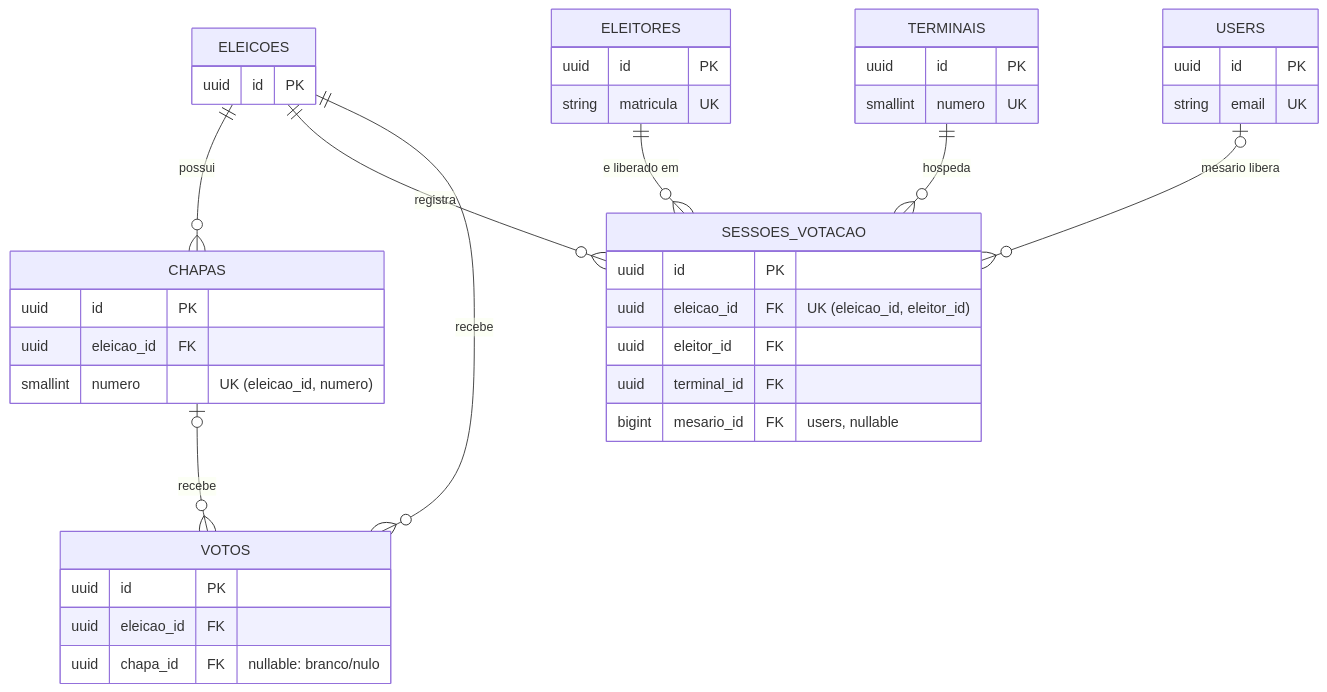
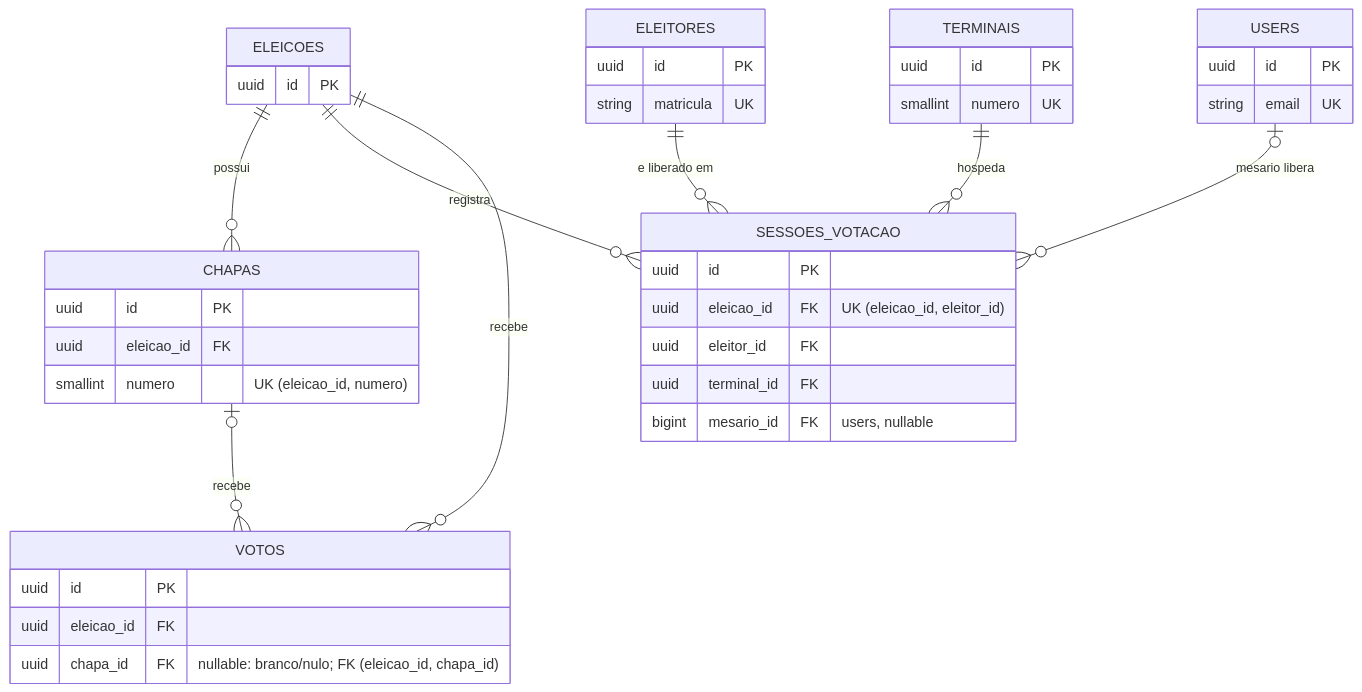
The diagram in docs/MODELO_DADOS.md (prof-ronildo-unicatolica/votacao-digitech), drawn with Mermaid before and after one commit. The commit also changed other lines of this file and 6 other files, not shown here.

````diff
--- a/docs/MODELO_DADOS.md
+++ b/docs/MODELO_DADOS.md
@@ -9,43 +9,43 @@
 ```mermaid
 erDiagram
     USERS {
         uuid id PK
         string email UK
     }
     ELEICOES {
         uuid id PK
     }
     CHAPAS {
         uuid id PK
         uuid eleicao_id FK
         smallint numero "UK (eleicao_id, numero)"
     }
     ELEITORES {
         uuid id PK
         string matricula UK
     }
     TERMINAIS {
         uuid id PK
         smallint numero UK
     }
     SESSOES_VOTACAO {
         uuid id PK
         uuid eleicao_id FK "UK (eleicao_id, eleitor_id)"
         uuid eleitor_id FK
         uuid terminal_id FK
         bigint mesario_id FK "users, nullable"
     }
     VOTOS {
         uuid id PK
         uuid eleicao_id FK
-        uuid chapa_id FK "nullable: branco/nulo"
+        uuid chapa_id FK "nullable: branco/nulo; FK (eleicao_id, chapa_id)"
     }
 
     ELEICOES ||--o{ CHAPAS : "possui"
     ELEICOES ||--o{ SESSOES_VOTACAO : "registra"
     ELEICOES ||--o{ VOTOS : "recebe"
     CHAPAS   |o--o{ VOTOS : "recebe"
     ELEITORES ||--o{ SESSOES_VOTACAO : "e liberado em"
     TERMINAIS ||--o{ SESSOES_VOTACAO : "hospeda"
     USERS    |o--o{ SESSOES_VOTACAO : "mesario libera"
 ```
````
